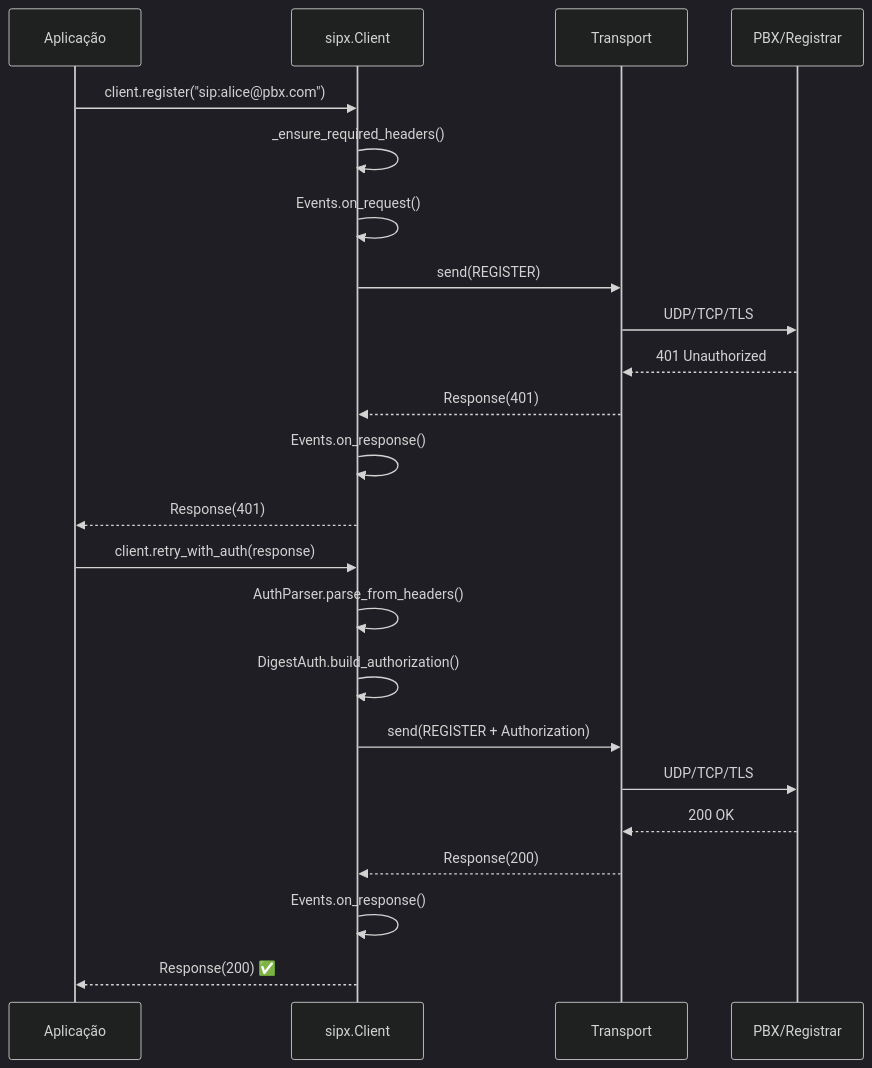
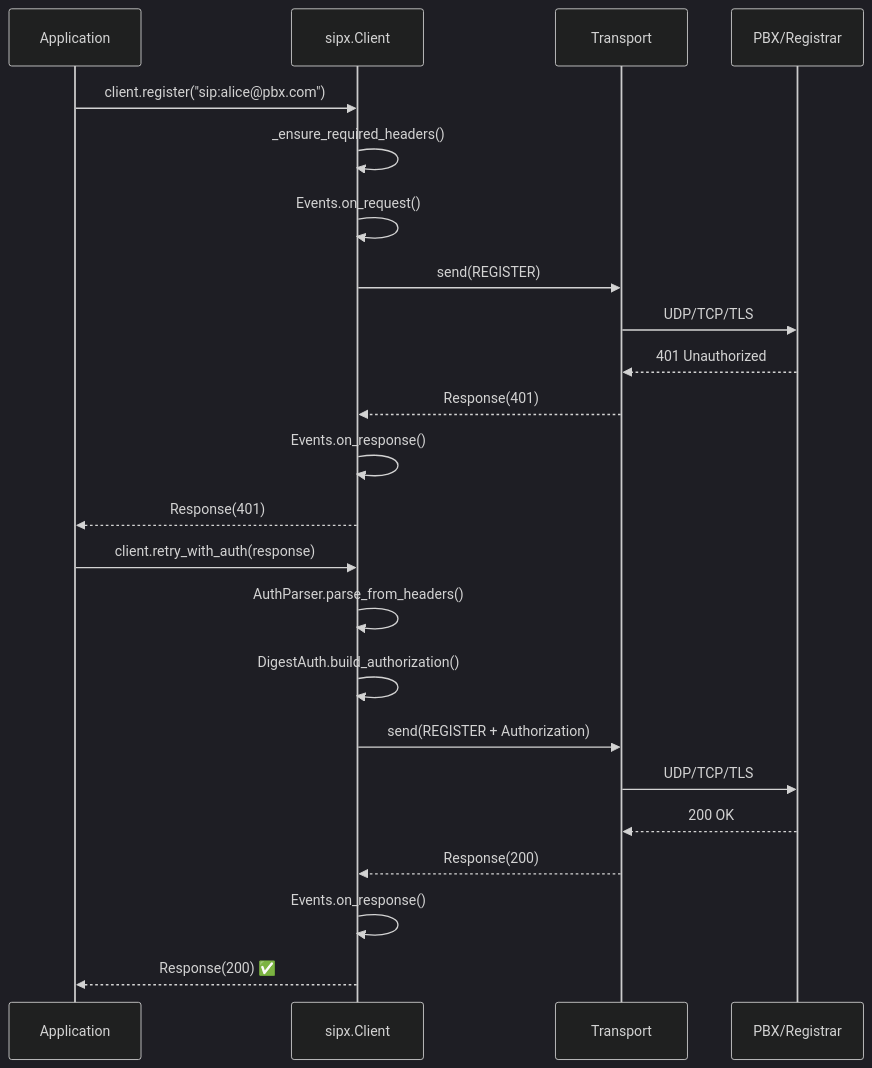
One commit to oornnery/sipx changed the eighth of 16 diagrams in docs/SDD.md. Above: the diagram before and after it, drawn with Mermaid (dark theme). The commit also changed other lines of this file and 3 other files, not shown here.

````diff
--- a/docs/SDD.md
+++ b/docs/SDD.md
@@ -491,29 +493,29 @@
 ```mermaid
 sequenceDiagram
-    participant App as Aplicação
+    participant App as Application
     participant C as sipx.Client
     participant T as Transport
     participant PBX as PBX/Registrar
 
     App->>C: client.register("sip:alice@pbx.com")
     C->>C: _ensure_required_headers()
     C->>C: Events.on_request()
     C->>T: send(REGISTER)
     T->>PBX: UDP/TCP/TLS
 
     PBX-->>T: 401 Unauthorized
     T-->>C: Response(401)
     C->>C: Events.on_response()
     C-->>App: Response(401)
 
     App->>C: client.retry_with_auth(response)
     C->>C: AuthParser.parse_from_headers()
     C->>C: DigestAuth.build_authorization()
     C->>T: send(REGISTER + Authorization)
     T->>PBX: UDP/TCP/TLS
 
     PBX-->>T: 200 OK
     T-->>C: Response(200)
     C->>C: Events.on_response()
     C-->>App: Response(200) ✅
 ```
````
